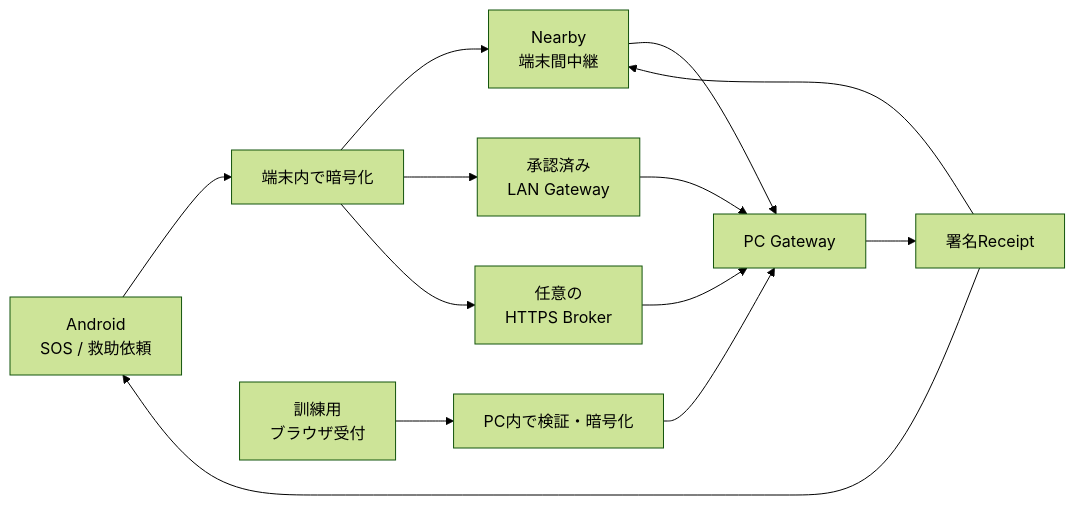
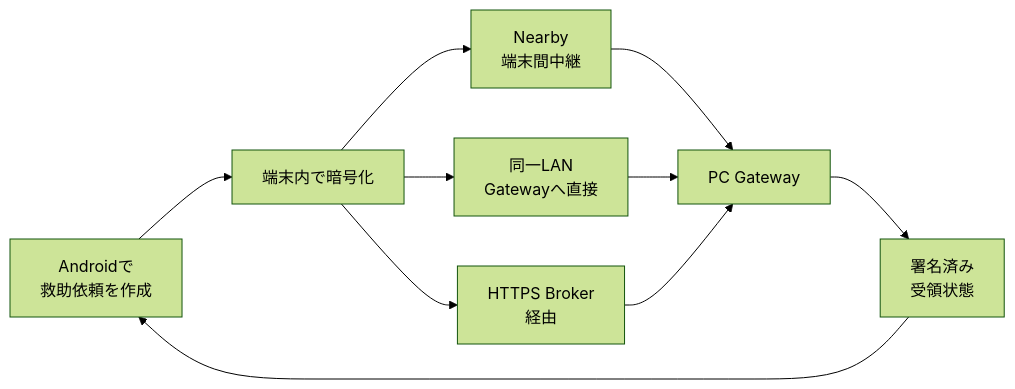
One commit to NEGI46/Relay changed the diagram in README.md. Above: the diagram before and after it, drawn with Mermaid (forest theme). The commit also changed other lines of this file, not shown here.

````diff
--- a/README.md
+++ b/README.md
@@ -40,15 +35,12 @@
 ```mermaid
 flowchart LR
-    A[Android<br/>SOS / 救助依頼] --> E[端末内で暗号化]
+    A[Androidで<br/>救助依頼を作成] --> E[端末内で暗号化]
     E --> N[Nearby<br/>端末間中継]
-    E --> L[承認済み<br/>LAN Gateway]
-    E --> B[任意の<br/>HTTPS Broker]
-    W[訓練用<br/>ブラウザ受付] --> P[PC内で検証・暗号化]
-    P --> G[PC Gateway]
-    N --> G
+    E --> L[同一LAN<br/>Gatewayへ直接]
+    E --> B[HTTPS Broker<br/>経由]
+    N --> G[PC Gateway]
     L --> G
     B --> G
-    G --> R[署名Receipt]
+    G --> R[署名済み<br/>受領状態]
     R --> A
-    R --> N
 ```
````
